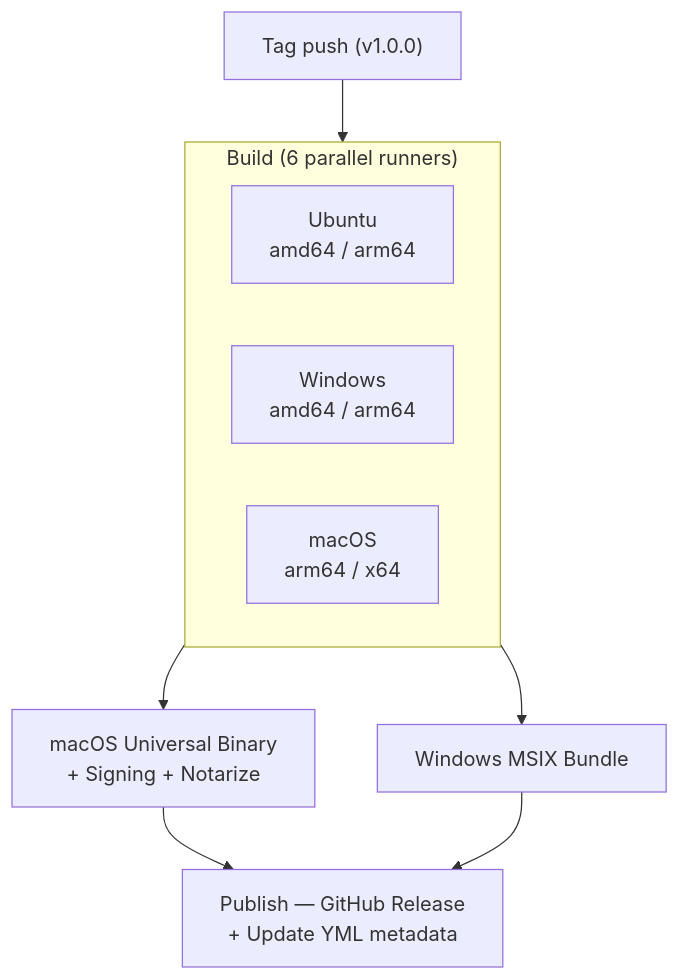
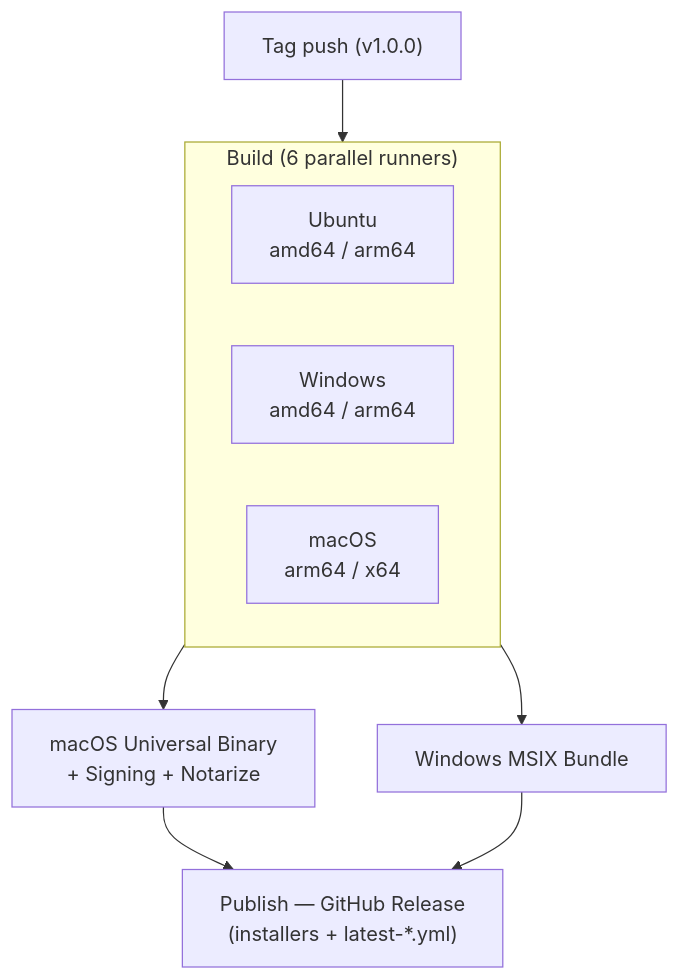
The diagram in docs/ci-cd.md (sproctor/potassium), drawn with Mermaid before and after one commit. The commit also changed other lines of this file and 6 other files, not shown here.

First line of the commit message:
ci: drop generate-update-yml + publish-release shell scripts

````diff
--- a/docs/ci-cd.md
+++ b/docs/ci-cd.md
@@ -19,18 +19,18 @@
 ```mermaid
 flowchart TB
     tag["Tag push (v1.0.0)"] --> build
 
     subgraph build ["Build (6 parallel runners)"]
         direction LR
         ubuntu["Ubuntu\namd64 / arm64"]
         windows["Windows\namd64 / arm64"]
         macos["macOS\narm64 / x64"]
     end
 
     build --> macos_sign["macOS Universal Binary\n+ Signing + Notarize"]
     build --> msix["Windows MSIX Bundle"]
 
-    macos_sign --> publish["Publish — GitHub Release\n+ Update YML metadata"]
+    macos_sign --> publish["Publish — GitHub Release\n(installers + latest-*.yml)"]
     msix --> publish
 
 ```
````
